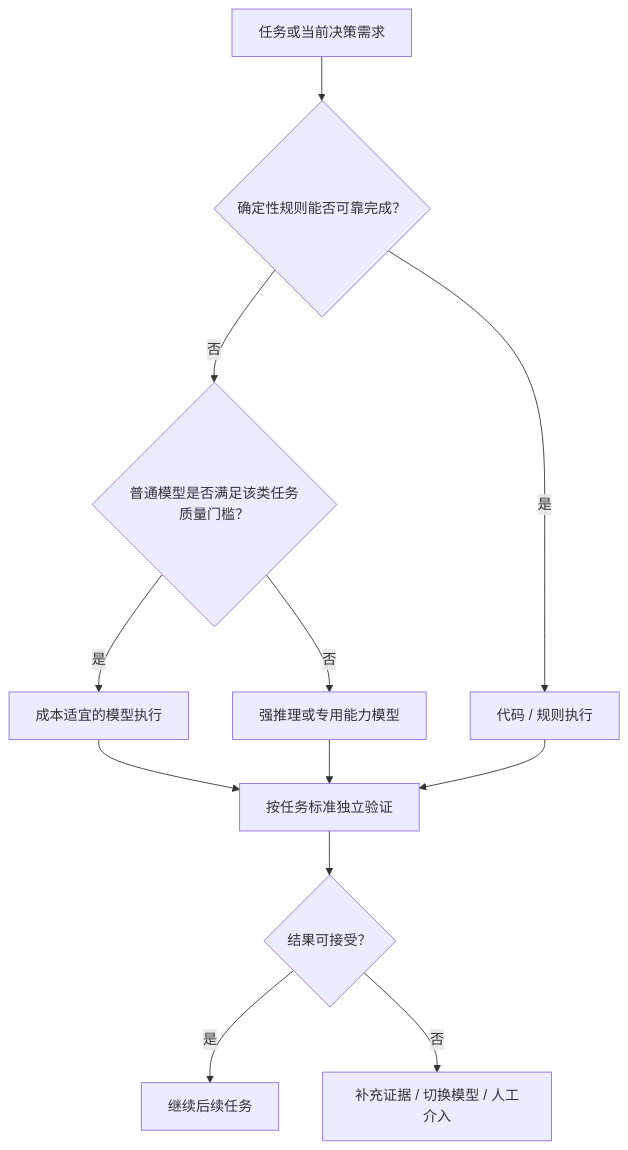
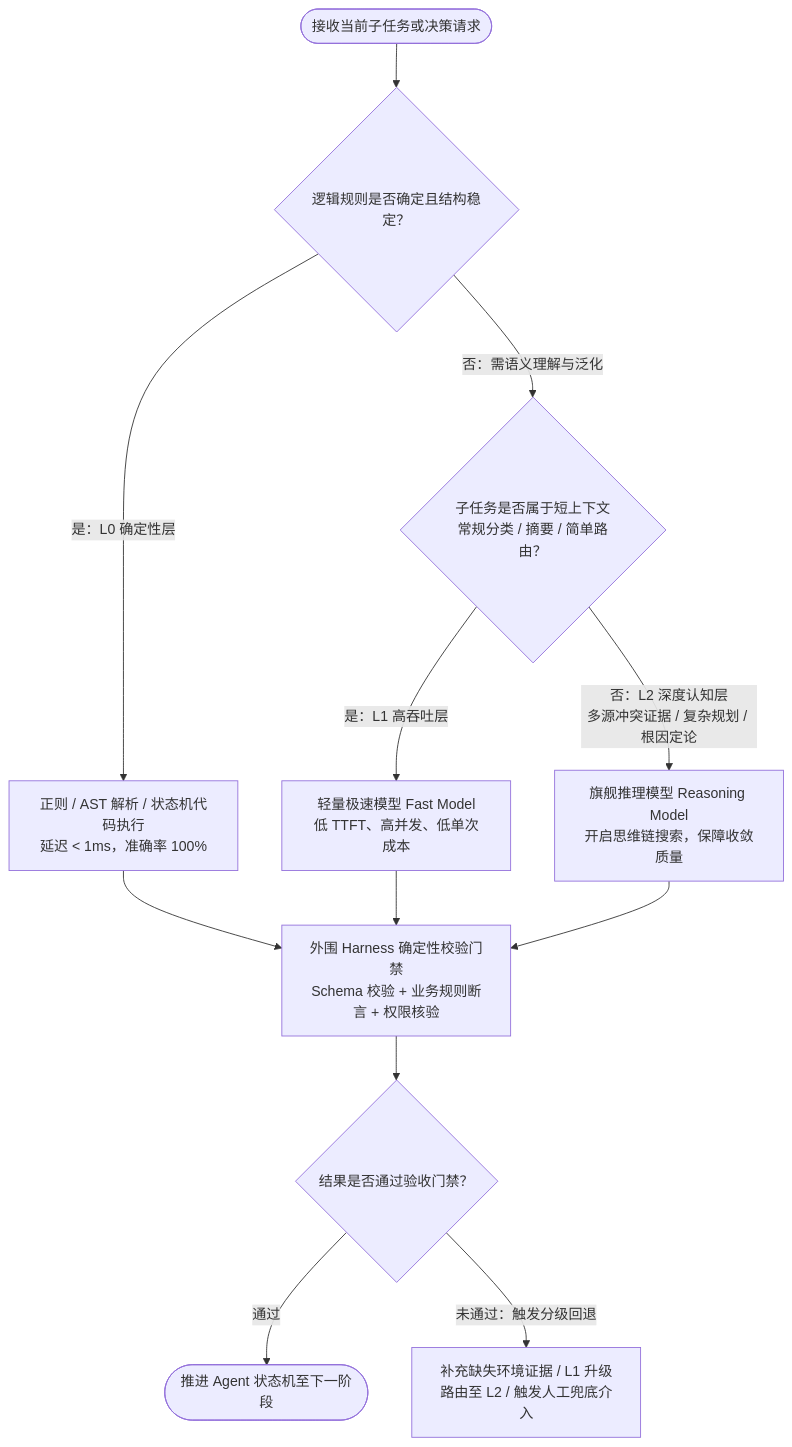
Before and after one commit to ideal-20/ai-agent-system-design: the fourth of 4 diagrams in docs/02-understanding-llm.md, drawn with Mermaid. The commit also changed other lines of this file, not shown here.

````diff
--- a/docs/02-understanding-llm.md
+++ b/docs/02-understanding-llm.md
@@ -949,14 +890,13 @@
 ```mermaid
 flowchart TD
-    A[任务或当前决策需求] --> B{确定性规则能否可靠完成？}
-    B -->|是| C[代码 / 规则执行]
-    B -->|否| D{普通模型是否满足该类任务质量门槛？}
-    D -->|是| E[成本适宜的模型执行]
-    D -->|否| F[强推理或专用能力模型]
-    E --> G[按任务标准独立验证]
-    F --> G
-    C --> G
-    G --> H{结果可接受？}
-    H -->|是| I[继续后续任务]
-    H -->|否| J[补充证据 / 切换模型 / 人工介入]
+    A([接收当前子任务或决策请求]) --> B{逻辑规则是否确定且结构稳定？}
+    B -->|是：L0 确定性层| C[正则 / AST 解析 / 状态机代码执行<br/>延迟 < 1ms，准确率 100%]
+    B -->|否：需语义理解与泛化| D{子任务是否属于短上下文<br/>常规分类 / 摘要 / 简单路由？}
+    D -->|是：L1 高吞吐层| E[轻量极速模型 Fast Model<br/>低 TTFT、高并发、低单次成本]
+    D -->|否：L2 深度认知层<br/>多源冲突证据 / 复杂规划 / 根因定论| F[旗舰推理模型 Reasoning Model<br/>开启思维链搜索，保障收敛质量]
+    
+    C & E & F --> G[外围 Harness 确定性校验门禁<br/>Schema 校验 + 业务规则断言 + 权限核验]
+    G --> H{结果是否通过验收门禁？}
+    H -->|通过| I([推进 Agent 状态机至下一阶段])
+    H -->|未通过：触发分级回退| J[补充缺失环境证据 / L1 升级路由至 L2 / 触发人工兜底介入]
 ```
````
